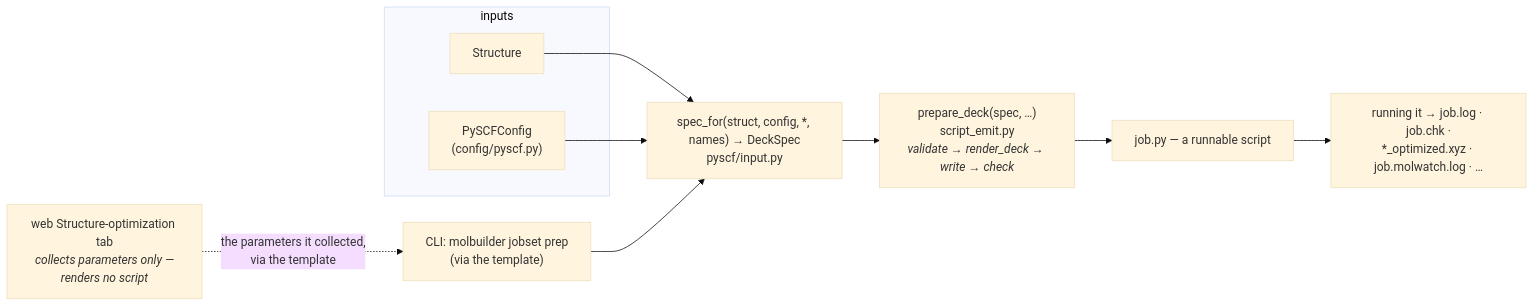
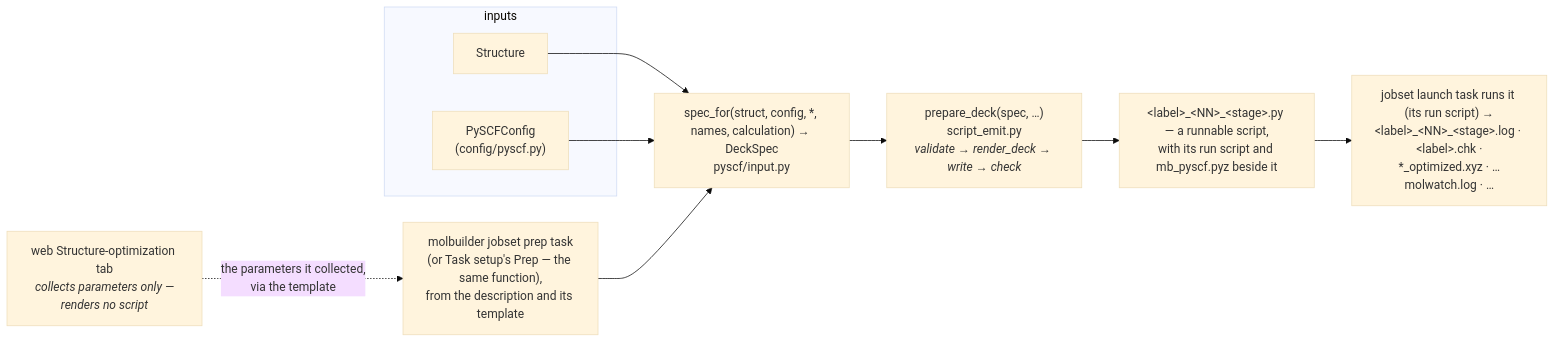
One commit to Qing-LAB/molbuilder changed the first of 2 diagrams in docs/engines/pyscf.md. Above: the diagram before and after it, drawn with Mermaid (base theme). The commit also changed other lines of this file and 54 other files, not shown here.

````diff
--- a/docs/engines/pyscf.md
+++ b/docs/engines/pyscf.md
@@ -39,18 +39,18 @@
 ```mermaid
 flowchart LR
     subgraph IN["inputs"]
         S["Structure"]
         C["PySCFConfig<br/>(config/pyscf.py)"]
     end
-    PREP["CLI: molbuilder jobset prep<br/>(via the template)"]
+    PREP["molbuilder jobset prep task<br/>(or Task setup's Prep — the same function),<br/>from the description and its template"]
     WEB["web Structure-optimization tab<br/><i>collects parameters only —<br/>renders no script</i>"]
-    R["spec_for(struct, config, *, names) → DeckSpec<br/>pyscf/input.py"]
+    R["spec_for(struct, config, *, names, calculation) → DeckSpec<br/>pyscf/input.py"]
     P["prepare_deck(spec, …)<br/>script_emit.py<br/><i>validate → render_deck → write → check</i>"]
-    PY["job.py — a runnable script"]
-    RUN["running it → job.log · job.chk ·<br/>*_optimized.xyz · job.molwatch.log · …"]
+    PY["&lt;label&gt;_&lt;NN&gt;_&lt;stage&gt;.py — a runnable script,<br/>with its run script and mb_pyscf.pyz beside it"]
+    RUN["jobset launch task runs it (its run script) →<br/>&lt;label&gt;_&lt;NN&gt;_&lt;stage&gt;.log · &lt;label&gt;.chk ·<br/>*_optimized.xyz · …molwatch.log · …"]
     S --> R
     C --> R
     PREP --> R
     WEB -.->|"the parameters it collected,<br/>via the template"| PREP
     R --> P --> PY --> RUN
 ```
````
